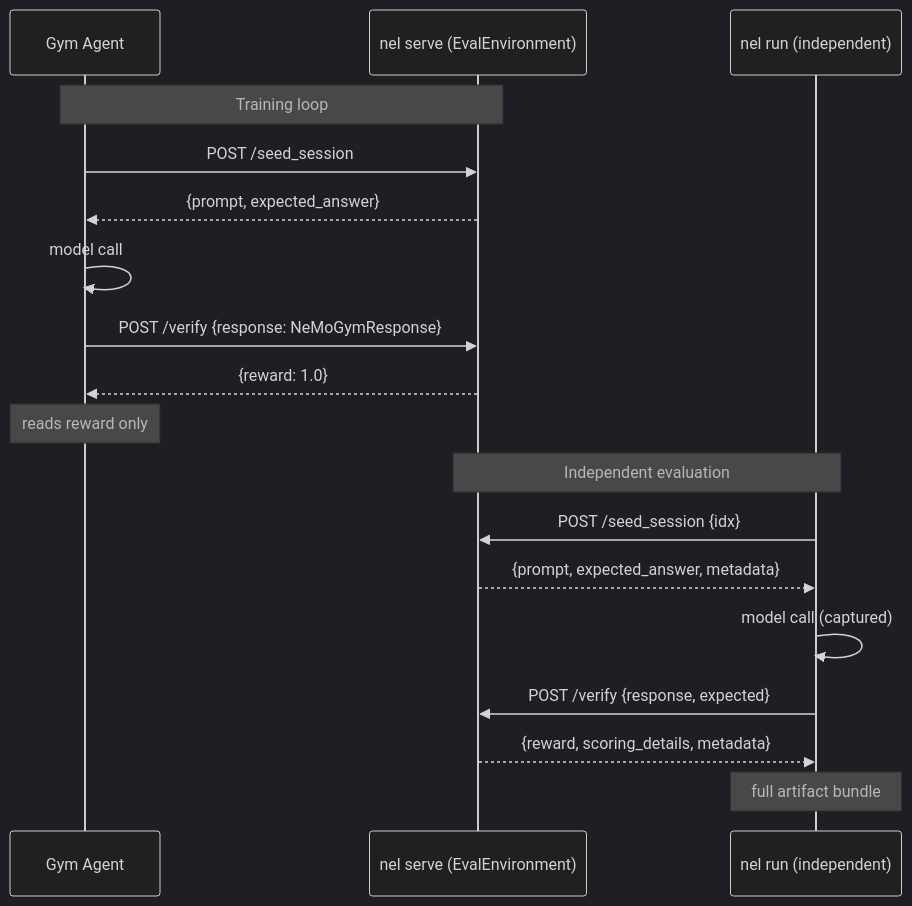
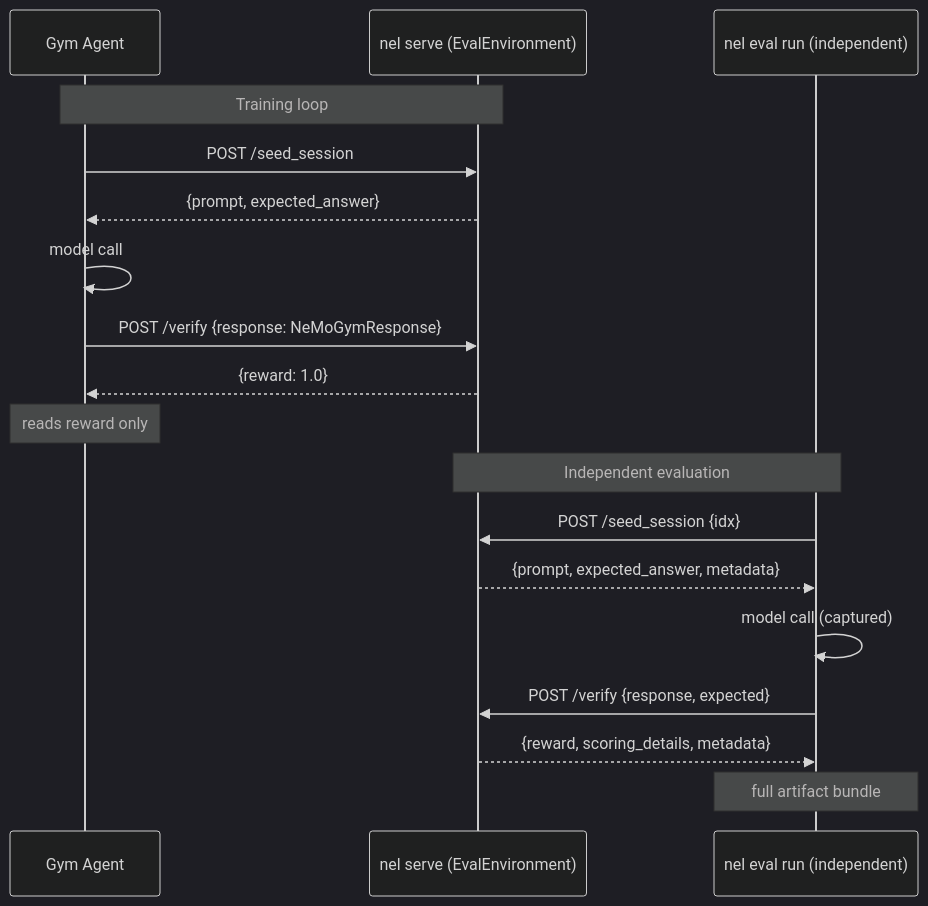
The third of 5 diagrams in docs/deployment-patterns.md (NVIDIA-NeMo/Evaluator), drawn with Mermaid (dark theme) before and after one commit. The commit also changed other lines of this file and 84 other files, not shown here.

````diff
--- a/docs/deployment-patterns.md
+++ b/docs/deployment-patterns.md
@@ -123,22 +124,22 @@
 ```{mermaid}
 sequenceDiagram
     participant Gym as Gym Agent
     participant Svc as nel serve (EvalEnvironment)
-    participant Eval as nel run (independent)
+    participant Eval as nel eval run (independent)
 
     Note over Gym,Svc: Training loop
     Gym->>Svc: POST /seed_session
     Svc-->>Gym: {prompt, expected_answer}
     Gym->>Gym: model call
     Gym->>Svc: POST /verify {response: NeMoGymResponse}
     Svc-->>Gym: {reward: 1.0}
     Note over Gym: reads reward only
 
     Note over Eval,Svc: Independent evaluation
     Eval->>Svc: POST /seed_session {idx}
     Svc-->>Eval: {prompt, expected_answer, metadata}
     Eval->>Eval: model call (captured)
     Eval->>Svc: POST /verify {response, expected}
     Svc-->>Eval: {reward, scoring_details, metadata}
     Note over Eval: full artifact bundle
 ```
````
